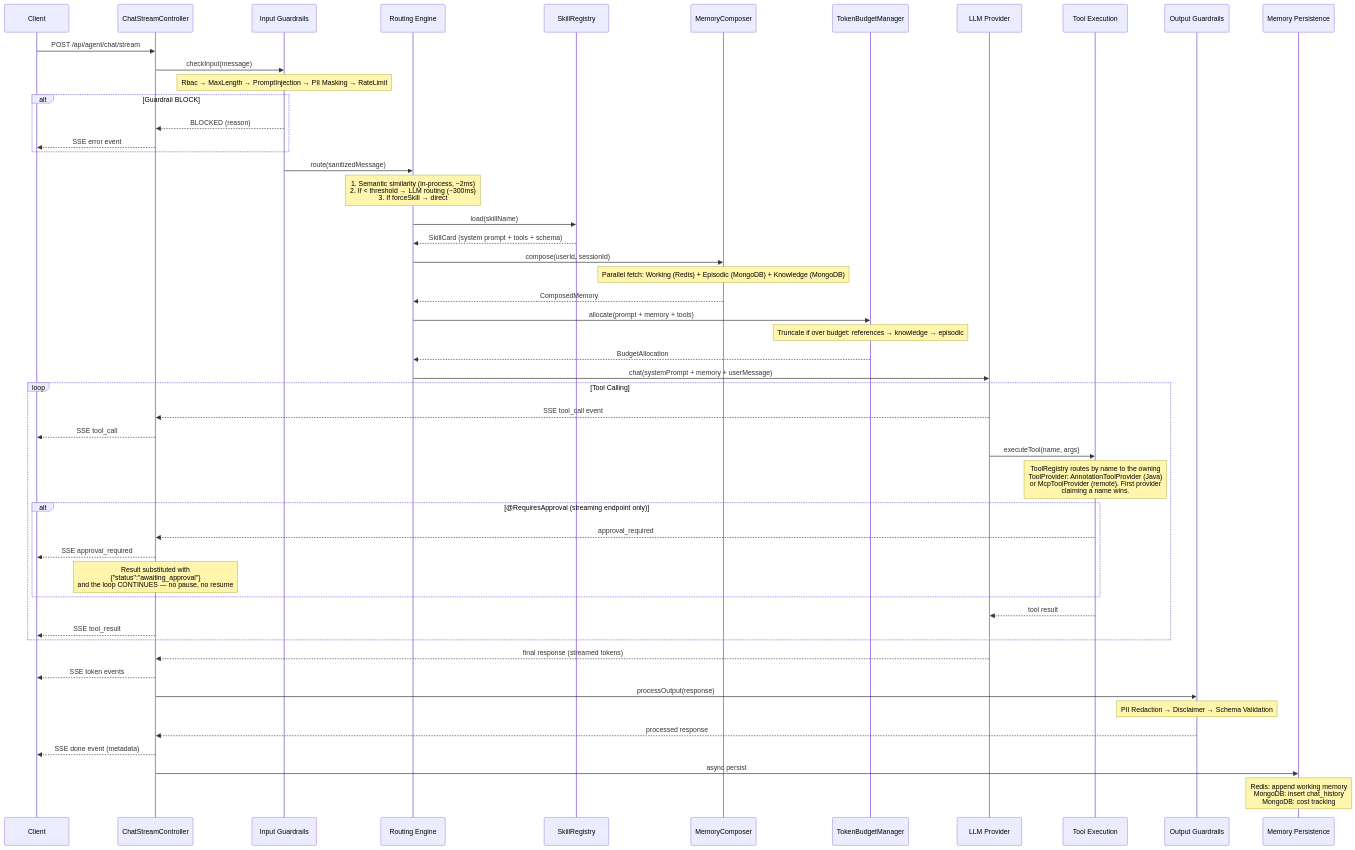
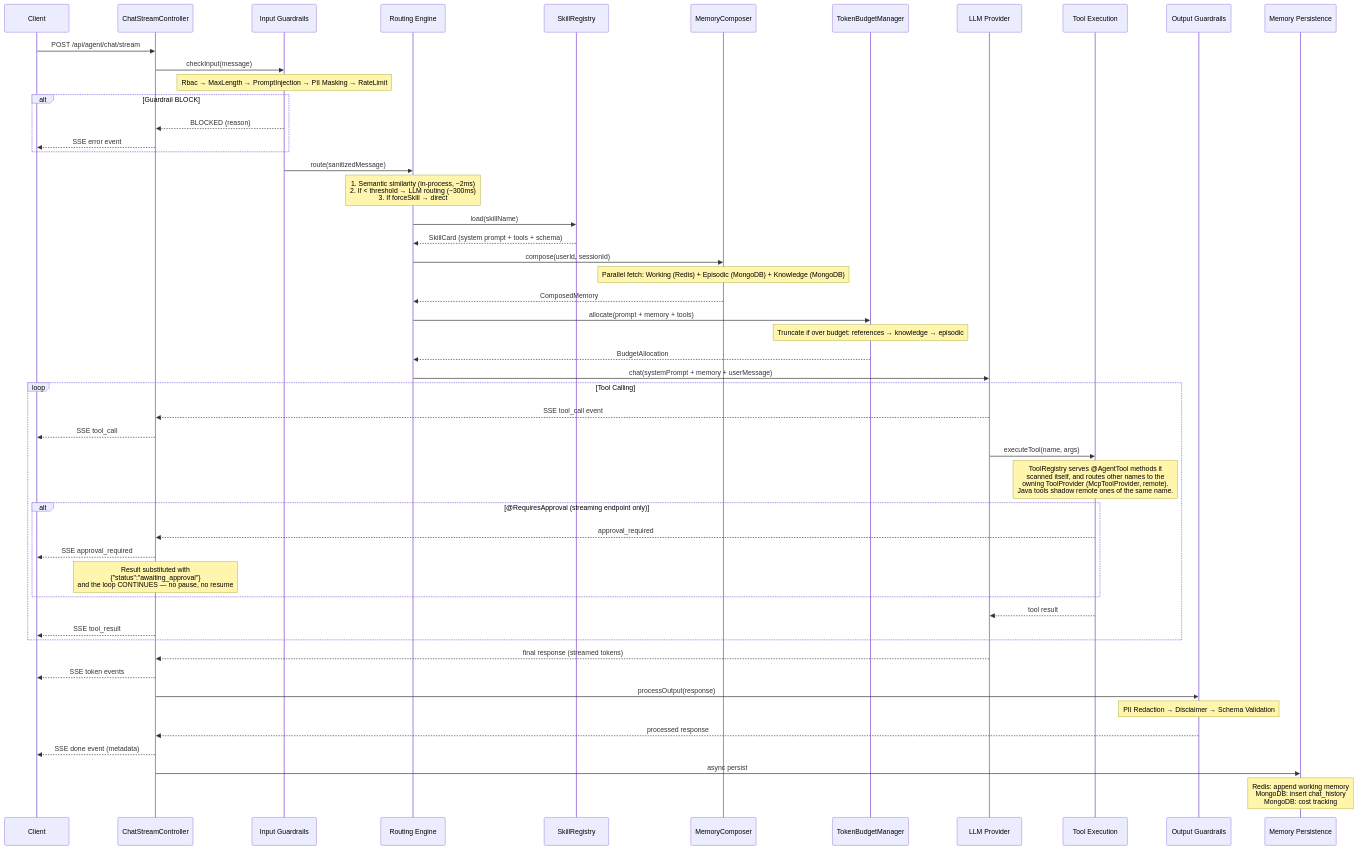
Before and after one commit to GiskardB/gargantua: the first of 8 diagrams in docs/architecture-diagrams.md, drawn with Mermaid. The commit also changed 4 other files, not shown here.

First line of the commit message:
docs: drop references to AnnotationToolProvider, which no longer exists

````diff
--- a/docs/architecture-diagrams.md
+++ b/docs/architecture-diagrams.md
@@ -5,69 +5,69 @@
 ```mermaid
 sequenceDiagram
     participant Client
     participant Controller as ChatStreamController
     participant Guard_In as Input Guardrails
     participant Router as Routing Engine
     participant Registry as SkillRegistry
     participant Memory as MemoryComposer
     participant Budget as TokenBudgetManager
     participant LLM as LLM Provider
     participant Tools as Tool Execution
     participant Guard_Out as Output Guardrails
     participant Persist as Memory Persistence
 
     Client->>Controller: POST /api/agent/chat/stream
     Controller->>Guard_In: checkInput(message)
 
     Note over Guard_In: Rbac → MaxLength → PromptInjection → PII Masking → RateLimit
 
     alt Guardrail BLOCK
         Guard_In-->>Controller: BLOCKED (reason)
         Controller-->>Client: SSE error event
     end
 
     Guard_In->>Router: route(sanitizedMessage)
 
     Note over Router: 1. Semantic similarity (in-process, ~2ms)<br/>2. If < threshold → LLM routing (~300ms)<br/>3. If forceSkill → direct
 
     Router->>Registry: load(skillName)
     Registry-->>Router: SkillCard (system prompt + tools + schema)
 
     Router->>Memory: compose(userId, sessionId)
     Note over Memory: Parallel fetch: Working (Redis) + Episodic (MongoDB) + Knowledge (MongoDB)
     Memory-->>Router: ComposedMemory
 
     Router->>Budget: allocate(prompt + memory + tools)
     Note over Budget: Truncate if over budget: references → knowledge → episodic
     Budget-->>Router: BudgetAllocation
 
     Router->>LLM: chat(systemPrompt + memory + userMessage)
 
     loop Tool Calling
         LLM-->>Controller: SSE tool_call event
         Controller-->>Client: SSE tool_call
         LLM->>Tools: executeTool(name, args)
-        Note over Tools: ToolRegistry routes by name to the owning<br/>ToolProvider: AnnotationToolProvider (Java)<br/>or McpToolProvider (remote). First provider<br/>claiming a name wins.
+        Note over Tools: ToolRegistry serves @AgentTool methods it<br/>scanned itself, and routes other names to the<br/>owning ToolProvider (McpToolProvider, remote).<br/>Java tools shadow remote ones of the same name.
 
         alt @RequiresApproval (streaming endpoint only)
             Tools-->>Controller: approval_required
             Controller-->>Client: SSE approval_required
             Note over Controller: Result substituted with<br/>{"status":"awaiting_approval"}<br/>and the loop CONTINUES — no pause, no resume
         end
 
         Tools-->>LLM: tool result
         Controller-->>Client: SSE tool_result
     end
 
     LLM-->>Controller: final response (streamed tokens)
     Controller-->>Client: SSE token events
 
     Controller->>Guard_Out: processOutput(response)
     Note over Guard_Out: PII Redaction → Disclaimer → Schema Validation
     Guard_Out-->>Controller: processed response
 
     Controller-->>Client: SSE done event (metadata)
 
     Controller->>Persist: async persist
     Note over Persist: Redis: append working memory<br/>MongoDB: insert chat_history<br/>MongoDB: cost tracking
 ```
````
